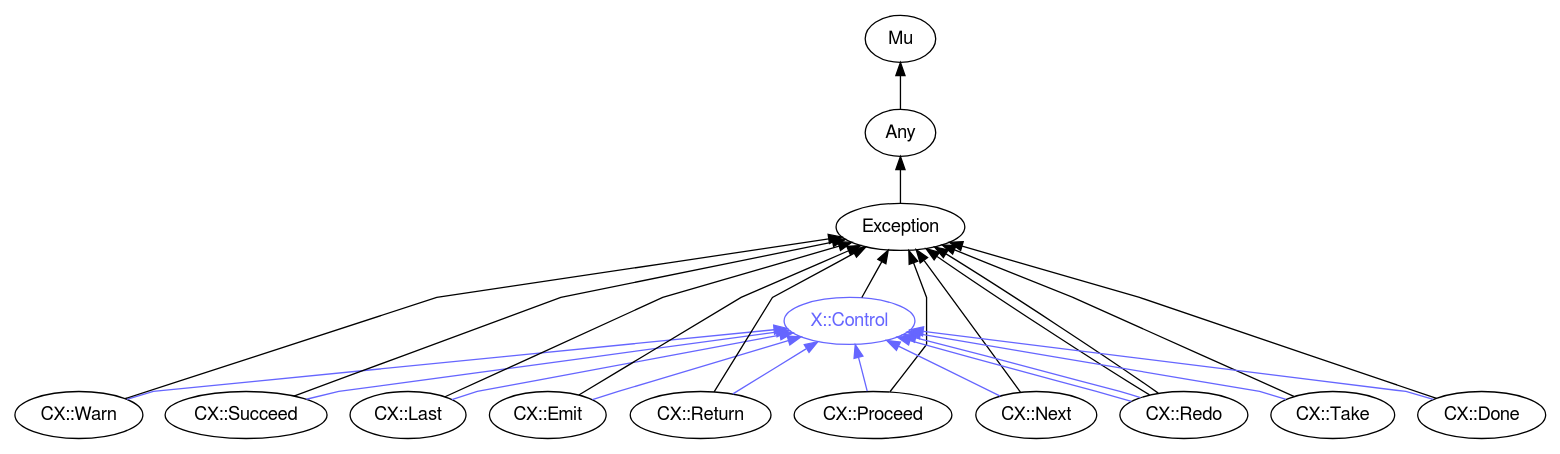
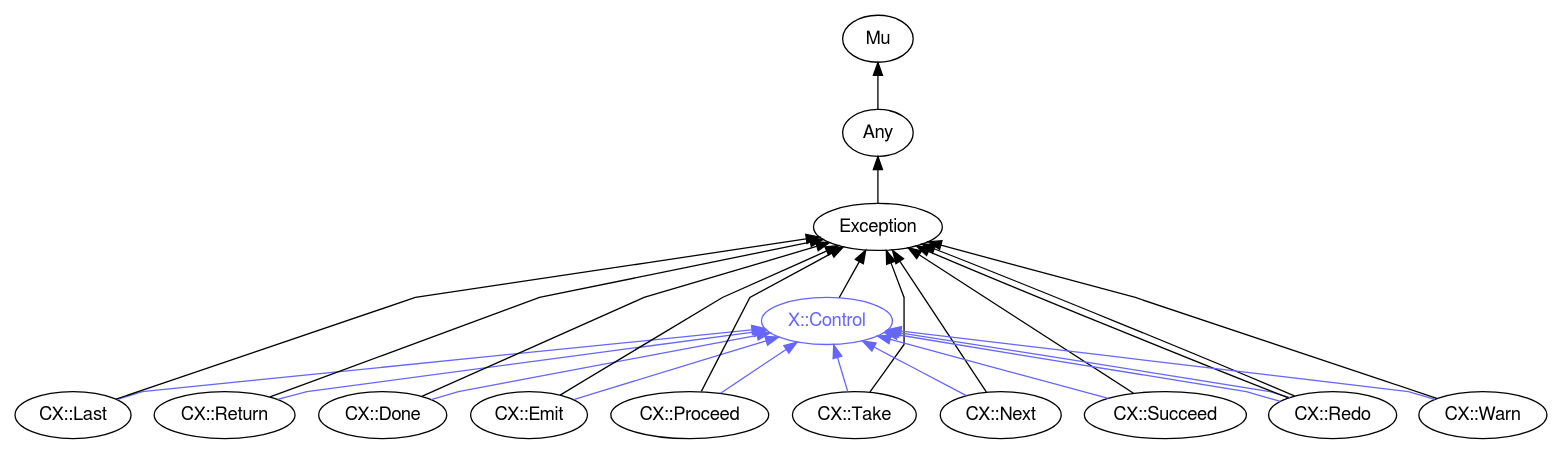
One commit to uzluisf/rakudoc changed the diagram in images/type-graph-X::Control.svg.dot. Above: the diagram before and after it, drawn with Graphviz. The commit also changed other lines of this file and 1890 other files, not shown here.

```diff
--- a/images/type-graph-X::Control.svg.dot
+++ b/images/type-graph-X::Control.svg.dot
@@ -1,49 +1,49 @@
 digraph "perl6-type-graph" {
     rankdir=BT;
     splines=polyline;
     overlap=false; 
     // Types
     "X::Control" [color="#6666FF", fontcolor="#6666FF", href="/type/X::Control", fontname="FreeSans"];
     "Mu" [color="#000000", fontcolor="#000000", href="/type/Mu", fontname="FreeSans"];
     "Any" [color="#000000", fontcolor="#000000", href="/type/Any", fontname="FreeSans"];
     "Exception" [color="#000000", fontcolor="#000000", href="/type/Exception", fontname="FreeSans"];
+    "CX::Last" [color="#000000", fontcolor="#000000", href="/type/CX::Last", fontname="FreeSans"];
+    "CX::Return" [color="#000000", fontcolor="#000000", href="/type/CX::Return", fontname="FreeSans"];
+    "CX::Done" [color="#000000", fontcolor="#000000", href="/type/CX::Done", fontname="FreeSans"];
+    "CX::Emit" [color="#000000", fontcolor="#000000", href="/type/CX::Emit", fontname="FreeSans"];
+    "CX::Proceed" [color="#000000", fontcolor="#000000", href="/type/CX::Proceed", fontname="FreeSans"];
+    "CX::Take" [color="#000000", fontcolor="#000000", href="/type/CX::Take", fontname="FreeSans"];
+    "CX::Next" [color="#000000", fontcolor="#000000", href="/type/CX::Next", fontname="FreeSans"];
+    "CX::Succeed" [color="#000000", fontcolor="#000000", href="/type/CX::Succeed", fontname="FreeSans"];
+    "CX::Redo" [color="#000000", fontcolor="#000000", href="/type/CX::Redo", fontname="FreeSans"];
     "CX::Warn" [color="#000000", fontcolor="#000000", href="/type/CX::Warn", fontname="FreeSans"];
-    "CX::Succeed" [color="#000000", fontcolor="#000000", href="/type/CX::Succeed", fontname="FreeSans"];
-    "CX::Last" [color="#000000", fontcolor="#000000", href="/type/CX::Last", fontname="FreeSans"];
-    "CX::Emit" [color="#000000", fontcolor="#000000", href="/type/CX::Emit", fontname="FreeSans"];
-    "CX::Return" [color="#000000", fontcolor="#000000", href="/type/CX::Return", fontname="FreeSans"];
-    "CX::Proceed" [color="#000000", fontcolor="#000000", href="/type/CX::Proceed", fontname="FreeSans"];
-    "CX::Next" [color="#000000", fontcolor="#000000", href="/type/CX::Next", fontname="FreeSans"];
-    "CX::Redo" [color="#000000", fontcolor="#000000", href="/type/CX::Redo", fontname="FreeSans"];
-    "CX::Take" [color="#000000", fontcolor="#000000", href="/type/CX::Take", fontname="FreeSans"];
-    "CX::Done" [color="#000000", fontcolor="#000000", href="/type/CX::Done", fontname="FreeSans"];
 
     // Superclasses
     "X::Control" -> "Exception" [color="#000000"];
     "Any" -> "Mu" [color="#000000"];
     "Exception" -> "Any" [color="#000000"];
-    "CX::Warn" -> "Exception" [color="#000000"];
+    "CX::Last" -> "Exception" [color="#000000"];
+    "CX::Return" -> "Exception" [color="#000000"];
+    "CX::Done" -> "Exception" [color="#000000"];
+    "CX::Emit" -> "Exception" [color="#000000"];
+    "CX::Proceed" -> "Exception" [color="#000000"];
+    "CX::Take" -> "Exception" [color="#000000"];
+    "CX::Next" -> "Exception" [color="#000000"];
     "CX::Succeed" -> "Exception" [color="#000000"];
-    "CX::Last" -> "Exception" [color="#000000"];
-    "CX::Emit" -> "Exception" [color="#000000"];
-    "CX::Return" -> "Exception" [color="#000000"];
-    "CX::Proceed" -> "Exception" [color="#000000"];
-    "CX::Next" -> "Exception" [color="#000000"];
     "CX::Redo" -> "Exception" [color="#000000"];
     "CX::Redo" -> "Exception" [color="#000000"];
-    "CX::Take" -> "Exception" [color="#000000"];
-    "CX::Done" -> "Exception" [color="#000000"];
+    "CX::Warn" -> "Exception" [color="#000000"];
 
     // Roles
-    "CX::Warn" -> "X::Control" [color="#6666FF"];
+    "CX::Last" -> "X::Control" [color="#6666FF"];
+    "CX::Return" -> "X::Control" [color="#6666FF"];
+    "CX::Done" -> "X::Control" [color="#6666FF"];
+    "CX::Emit" -> "X::Control" [color="#6666FF"];
+    "CX::Proceed" -> "X::Control" [color="#6666FF"];
+    "CX::Take" -> "X::Control" [color="#6666FF"];
+    "CX::Next" -> "X::Control" [color="#6666FF"];
     "CX::Succeed" -> "X::Control" [color="#6666FF"];
-    "CX::Last" -> "X::Control" [color="#6666FF"];
-    "CX::Emit" -> "X::Control" [color="#6666FF"];
-    "CX::Return" -> "X::Control" [color="#6666FF"];
-    "CX::Proceed" -> "X::Control" [color="#6666FF"];
-    "CX::Next" -> "X::Control" [color="#6666FF"];
     "CX::Redo" -> "X::Control" [color="#6666FF"];
     "CX::Redo" -> "X::Control" [color="#6666FF"];
-    "CX::Take" -> "X::Control" [color="#6666FF"];
-    "CX::Done" -> "X::Control" [color="#6666FF"];
+    "CX::Warn" -> "X::Control" [color="#6666FF"];
 }
```
